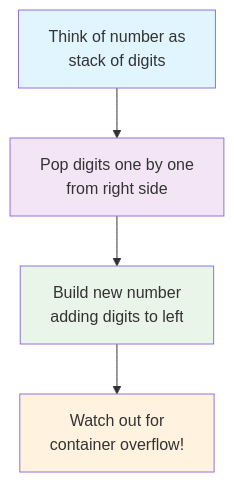
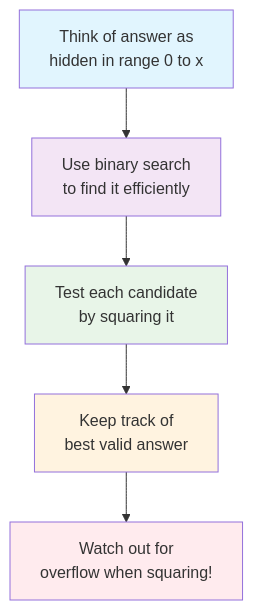
One commit to LuckyLongre123/README_RUNNER changed diagram 14 of 14 in README.md. Above: the diagram before and after it, drawn with Mermaid. The commit also changed other lines of this file, not shown here.

````diff
--- a/README.md
+++ b/README.md
@@ -630,11 +735,13 @@
 ```mermaid
-graph TD
-    A[Think of number as<br/>stack of digits] --> B[Pop digits one by one<br/>from right side]
-    B --> C[Build new number<br/>adding digits to left]
-    C --> D[Watch out for<br/>container overflow!]
+flowchart TD
+    A[Think of answer as<br/>hidden in range 0 to x] --> B[Use binary search<br/>to find it efficiently]
+    B --> C[Test each candidate<br/>by squaring it]
+    C --> D[Keep track of<br/>best valid answer]
+    D --> E[Watch out for<br/>overflow when squaring!]
     
     style A fill:#e1f5fe
     style B fill:#f3e5f5
     style C fill:#e8f5e8
     style D fill:#fff3e0
+    style E fill:#ffebee
 ```
````
